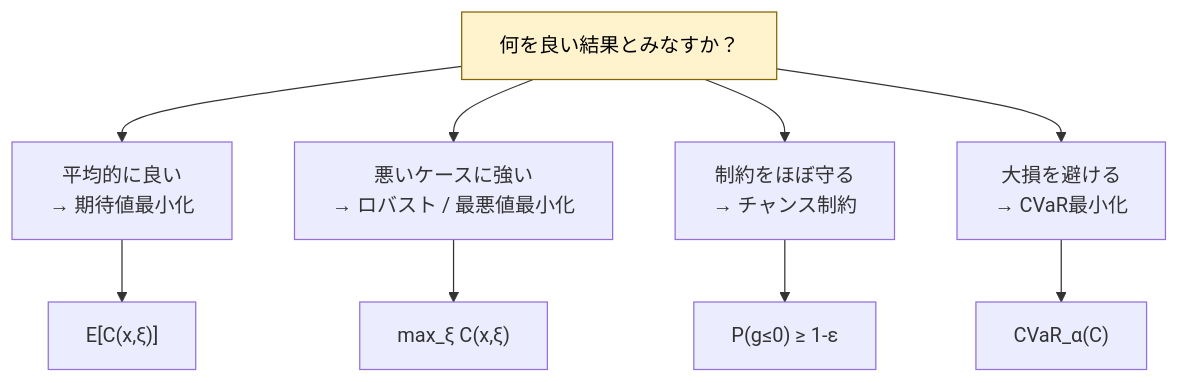
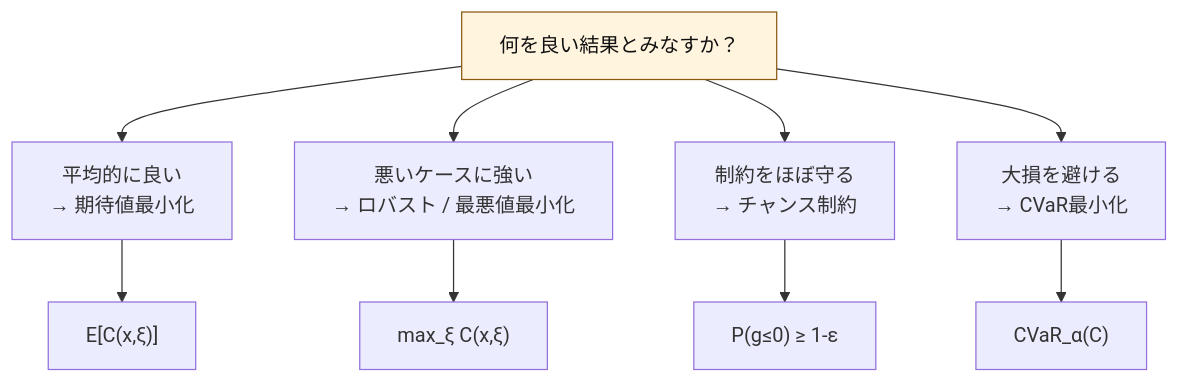
One commit to lutelute/lec_prob changed the third of 4 diagrams in roadmap/learning_map.md. Above: the diagram before and after it, drawn with Mermaid. The commit also changed other lines of this file and 59 other files, not shown here.

````diff
--- a/roadmap/learning_map.md
+++ b/roadmap/learning_map.md
@@ -99,15 +99,15 @@
 ```mermaid
 graph TD
     Q["何を良い結果とみなすか？"]
     Q --> A["平均的に良い<br/>→ 期待値最小化"]
     Q --> B["悪いケースに強い<br/>→ ロバスト / 最悪値最小化"]
     Q --> C["制約をほぼ守る<br/>→ チャンス制約"]
     Q --> D["大損を避ける<br/>→ CVaR最小化"]
 
     A --> A2["E[C(x,ξ)]"]
     B --> B2["max_ξ C(x,ξ)"]
     C --> C2["P(g≤0) ≥ 1-ε"]
     D --> D2["CVaR_α(C)"]
 
-    style Q fill:#fff3cd,stroke:#856404,color:#000
+    style Q fill:#fff4de,stroke:#8a5a10,color:#111
 ```
````
